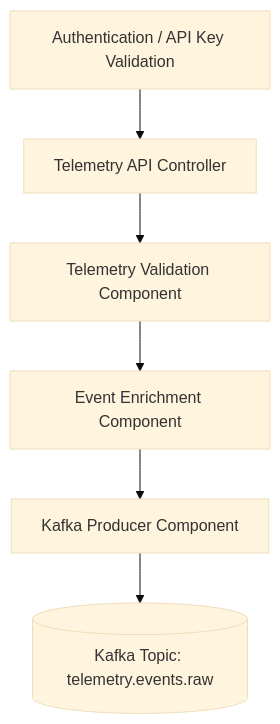
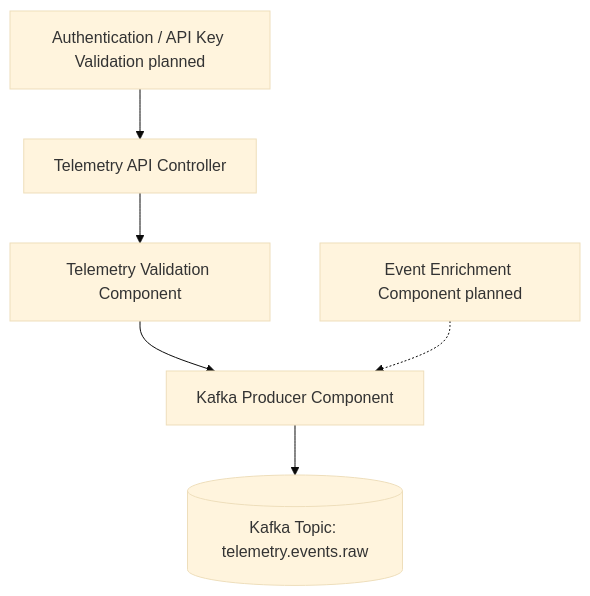
The third of 4 diagrams in docs/architecture/c4-model.md (ME-Massine/pulsestream), drawn with Mermaid (base theme) before and after one commit. The commit also changed other lines of this file and 15 other files, not shown here.

````diff
--- a/docs/architecture/c4-model.md
+++ b/docs/architecture/c4-model.md
@@ -120,9 +120,9 @@
 ```mermaid
 flowchart TB
     A[Telemetry API Controller] --> B[Telemetry Validation Component]
-    B --> C[Event Enrichment Component]
-    C --> D[Kafka Producer Component]
+    B --> D[Kafka Producer Component]
     D --> E[(Kafka Topic: telemetry.events.raw)]
 
-    F[Authentication / API Key Validation] --> A
+    C[Event Enrichment Component planned] -.-> D
+    F[Authentication / API Key Validation planned] --> A
 ```
````
